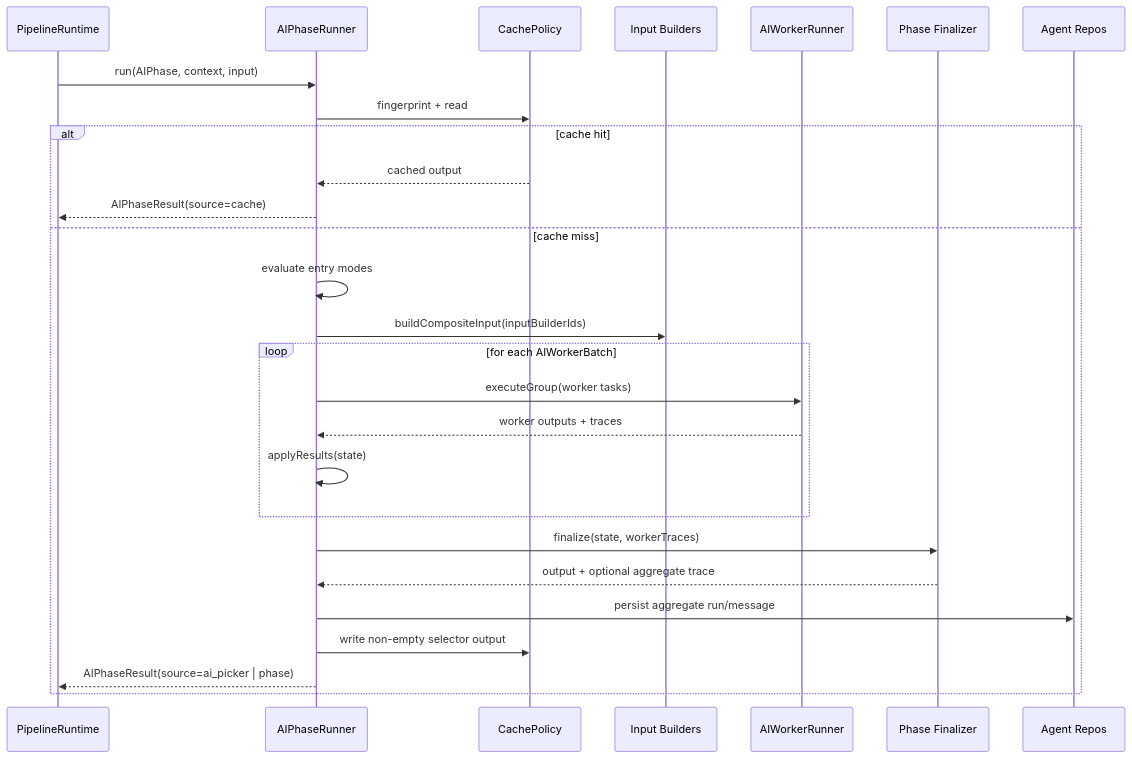
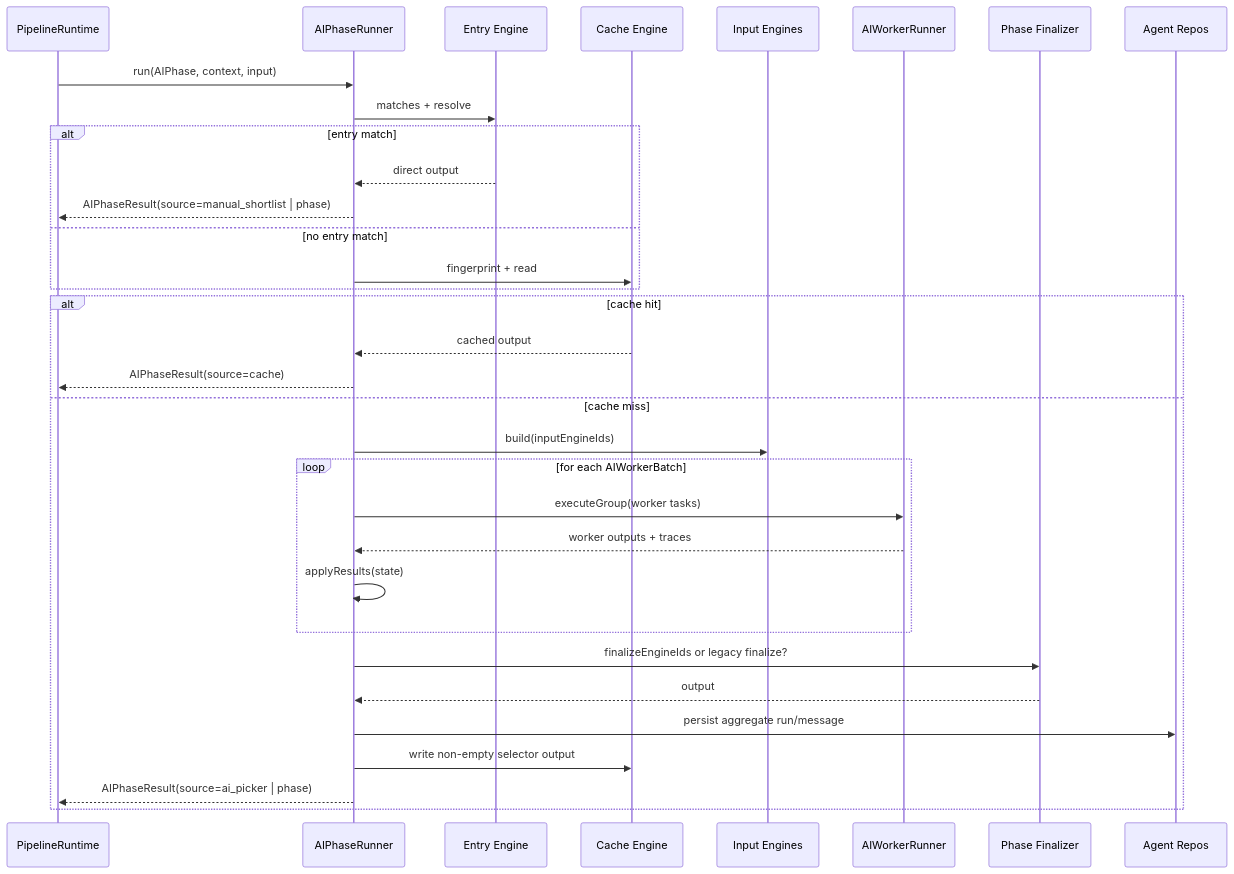
The diagram in electron/main/services/pipeline/phases/README.md (KennethAtchon/Exva), drawn with Mermaid before and after one commit. The commit also changed other lines of this file and 58 other files, not shown here.

First line of the commit message:
Refactor pipeline architecture and enhance phase definitions

````diff
--- a/electron/main/services/pipeline/phases/README.md
+++ b/electron/main/services/pipeline/phases/README.md
@@ -22,30 +22,36 @@
 ```mermaid
 sequenceDiagram
     participant Runtime as PipelineRuntime
     participant Runner as AIPhaseRunner
-    participant Cache as CachePolicy
-    participant Inputs as Input Builders
+    participant Entry as Entry Engine
+    participant Cache as Cache Engine
+    participant Inputs as Input Engines
     participant Workers as AIWorkerRunner
     participant Finalize as Phase Finalizer
     participant Repos as Agent Repos
 
     Runtime->>Runner: run(AIPhase, context, input)
-    Runner->>Cache: fingerprint + read
+    Runner->>Entry: matches + resolve
+    alt entry match
+        Entry-->>Runner: direct output
+        Runner-->>Runtime: AIPhaseResult(source=manual_shortlist | phase)
+    else no entry match
+        Runner->>Cache: fingerprint + read
+    end
     alt cache hit
         Cache-->>Runner: cached output
         Runner-->>Runtime: AIPhaseResult(source=cache)
     else cache miss
-        Runner->>Runner: evaluate entry modes
-        Runner->>Inputs: buildCompositeInput(inputBuilderIds)
+        Runner->>Inputs: build(inputEngineIds)
         loop for each AIWorkerBatch
             Runner->>Workers: executeGroup(worker tasks)
             Workers-->>Runner: worker outputs + traces
             Runner->>Runner: applyResults(state)
         end
-        Runner->>Finalize: finalize(state, workerTraces)
-        Finalize-->>Runner: output + optional aggregate trace
+        Runner->>Finalize: finalizeEngineIds or legacy finalize?
+        Finalize-->>Runner: output
         Runner->>Repos: persist aggregate run/message
         Runner->>Cache: write non-empty selector output
         Runner-->>Runtime: AIPhaseResult(source=ai_picker | phase)
     end
 ```
````
